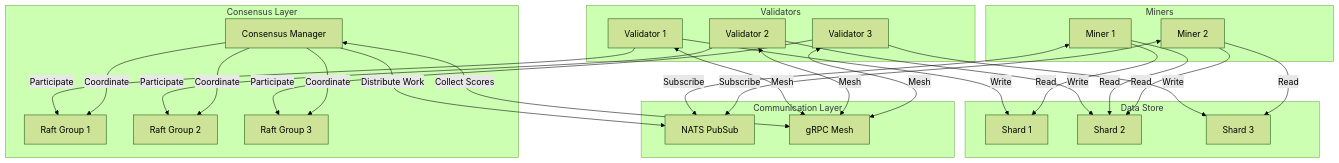
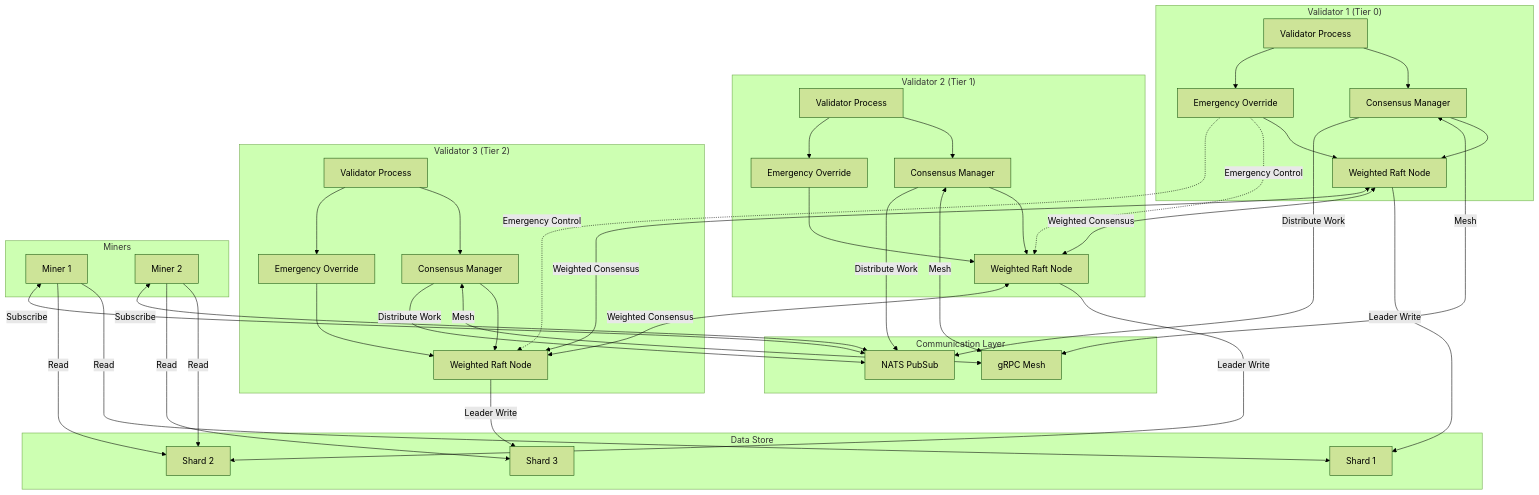
The first of 5 diagrams in ARCHITECTURE.md (Nickel5-Inc/mycelium), drawn with Mermaid (forest theme) before and after one commit. The commit also changed other lines of this file and 2 other files, not shown here.

````diff
--- a/ARCHITECTURE.md
+++ b/ARCHITECTURE.md
@@ -9,58 +9,81 @@
 ```mermaid
 graph TB
-    subgraph Validators
-        V1[Validator 1]
-        V2[Validator 2]
-        V3[Validator 3]
+    subgraph "Validator 1 (Tier 0)"
+        V1[Validator Process]
+        CM1[Consensus Manager]
+        WR1[Weighted Raft Node]
+        EO1[Emergency Override]
+    end
+
+    subgraph "Validator 2 (Tier 1)"
+        V2[Validator Process]
+        CM2[Consensus Manager]
+        WR2[Weighted Raft Node]
+        EO2[Emergency Override]
+    end
+
+    subgraph "Validator 3 (Tier 2)"
+        V3[Validator Process]
+        CM3[Consensus Manager]
+        WR3[Weighted Raft Node]
+        EO3[Emergency Override]
     end
 
     subgraph Miners
         M1[Miner 1]
         M2[Miner 2]
     end
 
-    subgraph Data Store
+    subgraph "Data Store"
         S1[Shard 1]
         S2[Shard 2]
         S3[Shard 3]
     end
 
-    subgraph Consensus Layer
-        R1[Raft Group 1]
-        R2[Raft Group 2]
-        R3[Raft Group 3]
-        CM[Consensus Manager]
-    end
-
-    subgraph Communication Layer
+    subgraph "Communication Layer"
         NATS[NATS PubSub]
         GRPC[gRPC Mesh]
     end
 
-    V1 -->|Write| S1
-    V2 -->|Write| S2
-    V3 -->|Write| S3
+    V1 --> CM1
+    CM1 --> WR1
+    V1 --> EO1
+    EO1 --> WR1
+
+    V2 --> CM2
+    CM2 --> WR2
+    V2 --> EO2
+    EO2 --> WR2
+
+    V3 --> CM3
+    CM3 --> WR3
+    V3 --> EO3
+    EO3 --> WR3
+
+    WR1 -->|Leader Write| S1
+    WR2 -->|Leader Write| S2
+    WR3 -->|Leader Write| S3
     
     M1 -->|Read| S1
     M1 -->|Read| S2
     M2 -->|Read| S2
     M2 -->|Read| S3
 
-    V1 -->|Participate| R1
-    V2 -->|Participate| R2
-    V3 -->|Participate| R3
+    WR1 <-->|Weighted Consensus| WR2
+    WR2 <-->|Weighted Consensus| WR3
+    WR3 <-->|Weighted Consensus| WR1
 
-    V1 <-->|Mesh| GRPC
-    V2 <-->|Mesh| GRPC
-    V3 <-->|Mesh| GRPC
+    EO1 -.->|Emergency Control| WR2
+    EO1 -.->|Emergency Control| WR3
+
+    CM1 <-->|Mesh| GRPC
+    CM2 <-->|Mesh| GRPC
+    CM3 <-->|Mesh| GRPC
 
     M1 <-->|Subscribe| NATS
     M2 <-->|Subscribe| NATS
 
-    CM -->|Coordinate| R1
-    CM -->|Coordinate| R2
-    CM -->|Coordinate| R3
-
-    CM -->|Distribute Work| NATS
-    CM <-->|Collect Scores| GRPC
+    CM1 -->|Distribute Work| NATS
+    CM2 -->|Distribute Work| NATS
+    CM3 -->|Distribute Work| NATS
 ```
````
